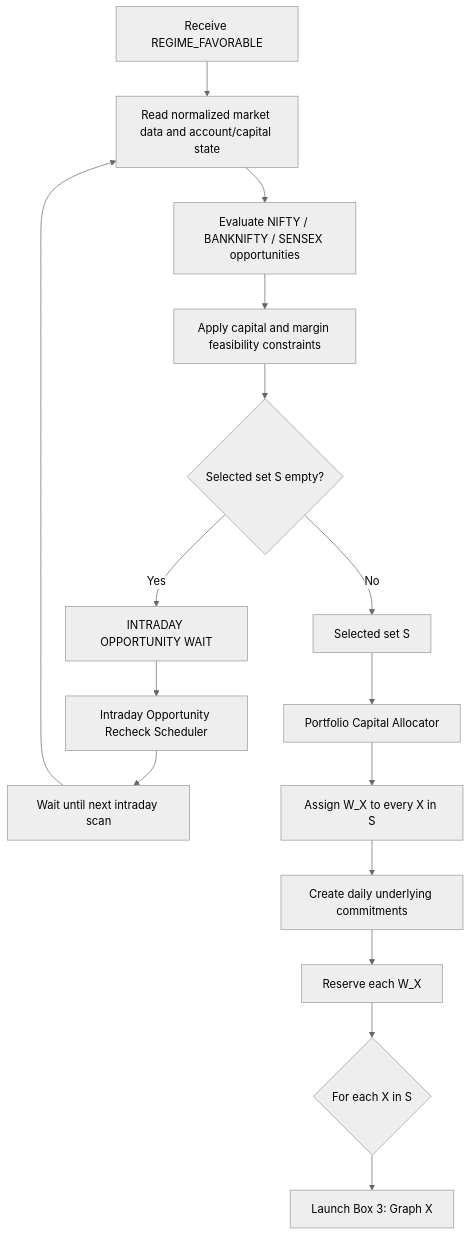
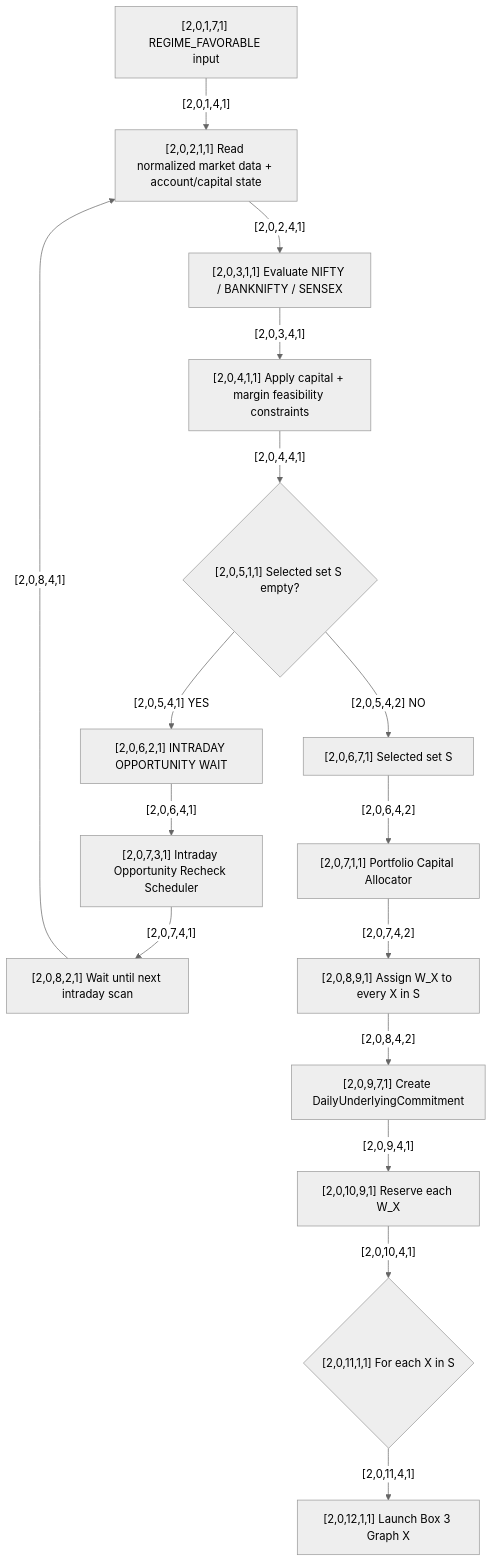
Before and after one commit to ayyararyan/volarb: the diagram in docs/workflows/02-intraday-selection.md, drawn with Mermaid (neutral theme). The commit also changed other lines of this file, not shown here.

Commit message:
Vectorize intraday selection graph

````diff
--- a/docs/workflows/02-intraday-selection.md
+++ b/docs/workflows/02-intraday-selection.md
@@ -15,20 +7,34 @@
 ```mermaid
 flowchart TD
-    A[Receive REGIME_FAVORABLE] --> B[Read normalized market data and account/capital state]
-    B --> C[Evaluate NIFTY / BANKNIFTY / SENSEX opportunities]
-    C --> D[Apply capital and margin feasibility constraints]
-    D --> E{Selected set S empty?}
+    A["[2,0,1,7,1] REGIME_FAVORABLE input"]
+    B["[2,0,2,1,1] Read normalized market data + account/capital state"]
+    C["[2,0,3,1,1] Evaluate NIFTY / BANKNIFTY / SENSEX"]
+    D["[2,0,4,1,1] Apply capital + margin feasibility constraints"]
+    E{"[2,0,5,1,1] Selected set S empty?"}
+    F["[2,0,6,2,1] INTRADAY OPPORTUNITY WAIT"]
+    G["[2,0,7,3,1] Intraday Opportunity Recheck Scheduler"]
+    H["[2,0,8,2,1] Wait until next intraday scan"]
+    I["[2,0,6,7,1] Selected set S"]
+    J["[2,0,7,1,1] Portfolio Capital Allocator"]
+    K["[2,0,8,9,1] Assign W_X to every X in S"]
+    L["[2,0,9,7,1] Create DailyUnderlyingCommitment"]
+    M["[2,0,10,9,1] Reserve each W_X"]
+    N{"[2,0,11,1,1] For each X in S"}
+    O["[2,0,12,1,1] Launch Box 3 Graph X"]
 
-    E -->|Yes| F[INTRADAY OPPORTUNITY WAIT]
-    F --> G[Intraday Opportunity Recheck Scheduler]
-    G --> H[Wait until next intraday scan]
-    H --> B
-
-    E -->|No| I[Selected set S]
-    I --> J[Portfolio Capital Allocator]
-    J --> K[Assign W_X to every X in S]
-    K --> L[Create daily underlying commitments]
-    L --> M[Reserve each W_X]
-    M --> N{For each X in S}
-    N --> O[Launch Box 3: Graph X]
+    A -->|"[2,0,1,4,1]"| B
+    B -->|"[2,0,2,4,1]"| C
+    C -->|"[2,0,3,4,1]"| D
+    D -->|"[2,0,4,4,1]"| E
+    E -->|"[2,0,5,4,1] YES"| F
+    F -->|"[2,0,6,4,1]"| G
+    G -->|"[2,0,7,4,1]"| H
+    H -->|"[2,0,8,4,1]"| B
+    E -->|"[2,0,5,4,2] NO"| I
+    I -->|"[2,0,6,4,2]"| J
+    J -->|"[2,0,7,4,2]"| K
+    K -->|"[2,0,8,4,2]"| L
+    L -->|"[2,0,9,4,1]"| M
+    M -->|"[2,0,10,4,1]"| N
+    N -->|"[2,0,11,4,1]"| O
 ```
````
